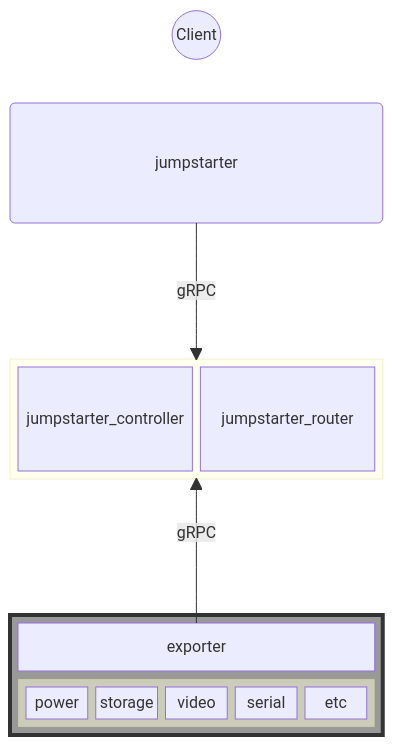
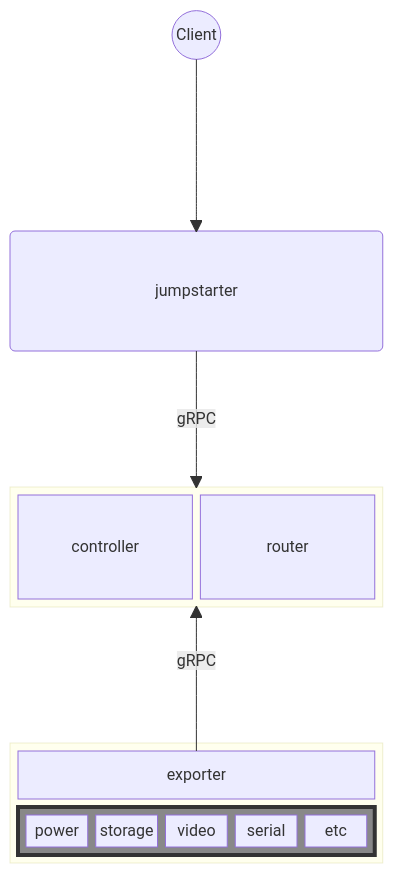
The third of 3 diagrams in python/docs/architecture.md (jumpstarter-dev/jumpstarter), drawn with Mermaid before and after one commit. The commit also changed other lines of this file and 2 other files, not shown here.

````diff
--- a/python/docs/architecture.md
+++ b/python/docs/architecture.md
@@ -115,35 +177,31 @@
 ```mermaid
 block-beta
-columns 1
+  columns 1
+
   client(("Client"))
+  space
   jumpstarter("jumpstarter")
   space
   block:service
-    jumpstarter_controller
-    jumpstarter_router
+    controller
+    router
   end
-
   space
-
   block:test
     columns 1
     exporter
-     block:hardware
-    power
-    storage
-    video
-    serial
-    etc
-  end
+    block:hardware
+      power
+      storage
+      video
+      serial
+      etc
+    end
   end
 
-  space
+  client --> jumpstarter
+  exporter -- "gRPC" --> service
+  jumpstarter -- "gRPC" --> service
 
-
-
-exporter -- "gRPC" --> service
-jumpstarter -- "gRPC" --> service
-
-
-style test fill:#999,stroke:#333,stroke-width:4px
+style hardware fill:#888,stroke:#333,stroke-width:4px
 ```
````
